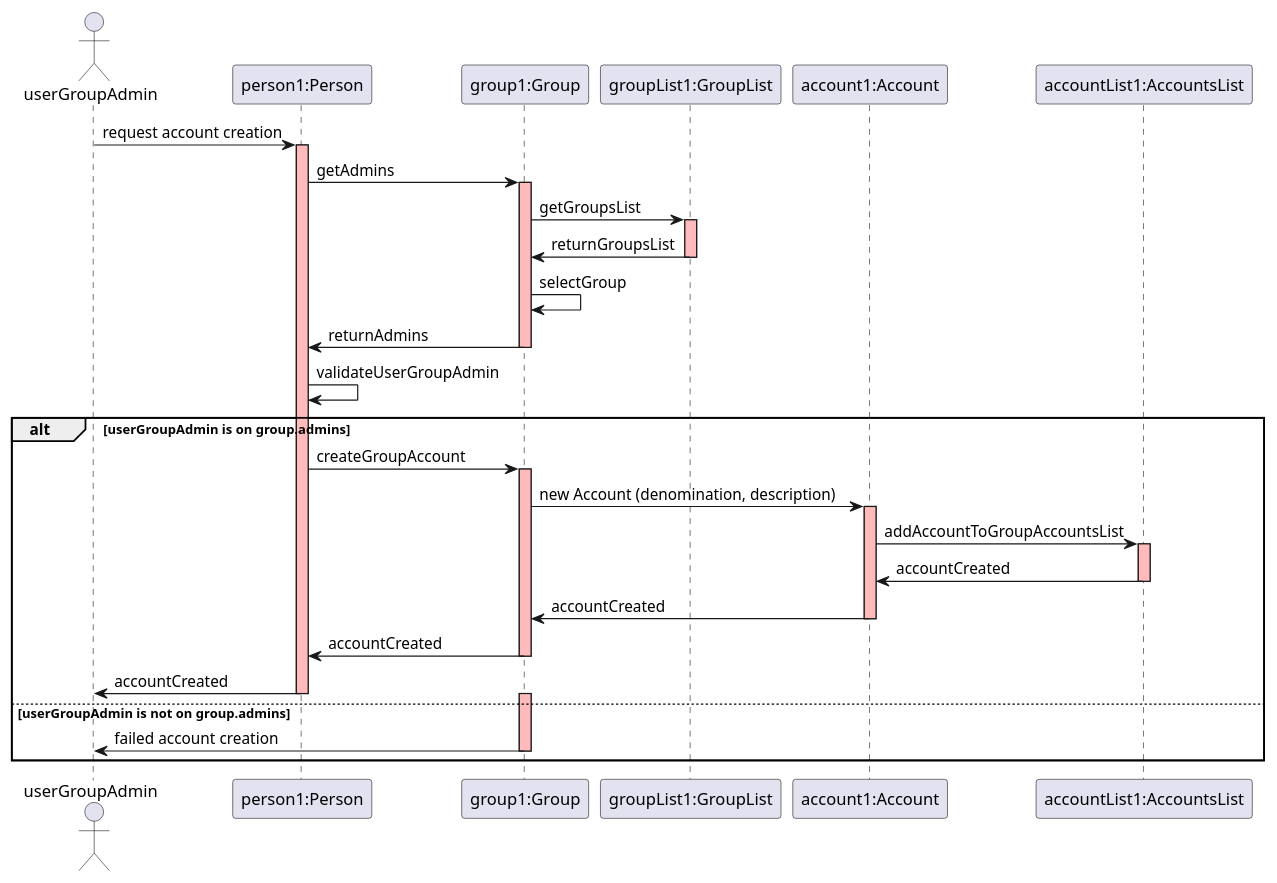
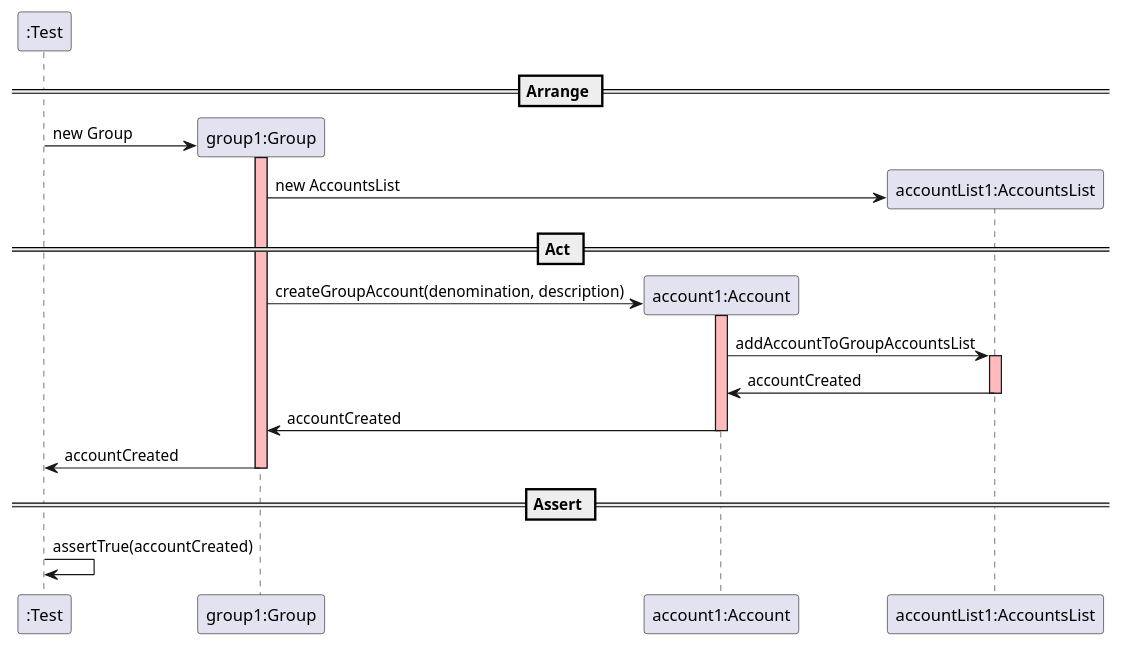
One commit to mleitaoribeiro/DevOpsMaven changed the diagram in docs/SequenceDiagram - UserStory7.puml. Above: the diagram before and after it, drawn with PlantUML.

Commit message:
ref #230 - Sequence Diagram - User Story 7

```diff
--- a/docs/SequenceDiagram - UserStory7.puml
+++ b/docs/SequenceDiagram - UserStory7.puml
@@ -1,55 +1,37 @@
 @startuml
 
-actor userGroupAdmin
+create ":Test"
 
-userGroupAdmin -> "person1:Person" : request account creation
-activate "person1:Person" #FFBBBB
+== Arrange ==
 
-"person1:Person" -> "group1:Group" : getAdmins
-activate "group1:Group"  #FFBBBB
+create "group1:Group"
+":Test" -> "group1:Group" : new Group
+activate "group1:Group" #FFBBBB
 
-"group1:Group" -> "groupList1:GroupList" : getGroupsList
-activate "groupList1:GroupList"  #FFBBBB
+create "account1:Account"
+create "accountList1:AccountsList"
+"group1:Group" -> "accountList1:AccountsList" : new AccountsList
 
-"groupList1:GroupList" -> "group1:Group" : returnGroupsList
-deactivate "groupList1:GroupList"
+== Act ==
 
-"group1:Group"-> "group1:Group" : selectGroup
+create "account1:Account"
+"group1:Group" -> "account1:Account" : createGroupAccount(denomination, description)
+activate "account1:Account" #FFBBBB
 
-"person1:Person" <- "group1:Group" : returnAdmins
-deactivate "group1:Group"  #FFBBBB
+"account1:Account" -> "accountList1:AccountsList" : addAccountToGroupAccountsList
+activate "accountList1:AccountsList" #FFBBBB
 
-"person1:Person" -> "person1:Person" : validateUserGroupAdmin
+"accountList1:AccountsList" -> "account1:Account" : accountCreated
+deactivate "accountList1:AccountsList" #FFBBBB
 
-alt userGroupAdmin is on group.admins
+"account1:Account" -> "group1:Group" : accountCreated
+deactivate "account1:Account" #FFBBBB
 
-    "person1:Person" -> "group1:Group" : createGroupAccount
-    activate "group1:Group" #FFBBBB
+"group1:Group" -> ":Test" : accountCreated
+deactivate "group1:Group" #FFBBBB
 
-    "group1:Group" -> "account1:Account" : new Account (denomination, description)
-    activate "account1:Account" #FFBBBB
+== Assert ==
 
-    "account1:Account" -> "accountList1:AccountsList" : addAccountToGroupAccountsList
-    activate "accountList1:AccountsList" #FFBBBB
-
-    "accountList1:AccountsList" -> "account1:Account" : accountCreated
-    deactivate "accountList1:AccountsList" #FFBBBB
-
-    "account1:Account" -> "group1:Group" : accountCreated
-    deactivate "account1:Account" #FFBBBB
-
-    "group1:Group" -> "person1:Person" : accountCreated
-    deactivate "group1:Group"
-
-    "person1:Person" -> userGroupAdmin : accountCreated
-    deactivate "person1:Person"
-
-else userGroupAdmin is not on group.admins
-
-    activate "group1:Group" #FFBBBB
-	"group1:Group" -> userGroupAdmin : failed account creation
-	deactivate "group1:Group" #FFBBBB
-
-end
+":Test" -> ":Test" : assertTrue(accountCreated)
 
 @enduml
```
